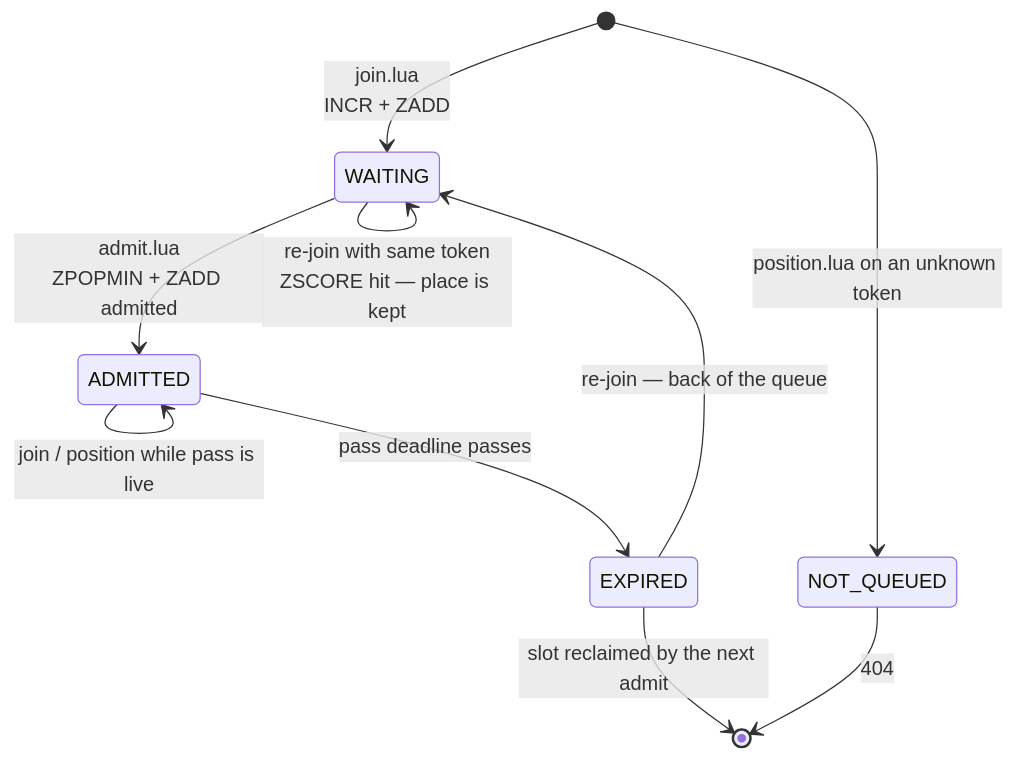
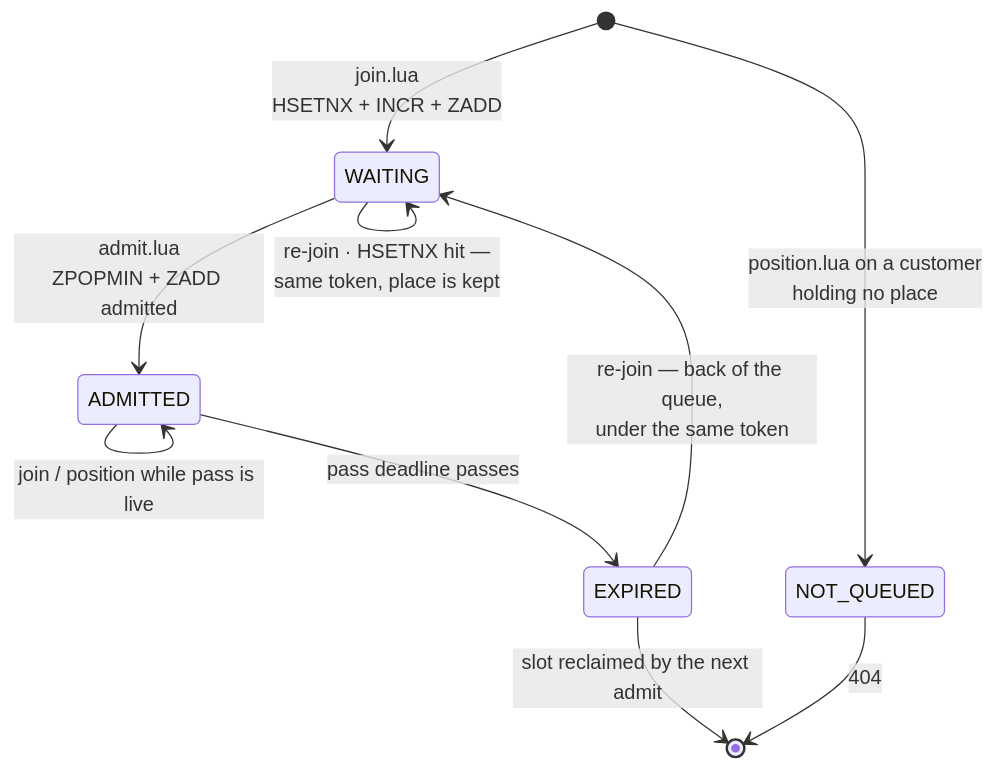
The third of 4 diagrams in waiting-room-service/ARCHITECTURE.md (daliborjelicanin/ticket-waiting-room-aws), drawn with Mermaid before and after one commit. The commit also changed other lines of this file and 65 other files, not shown here.

````diff
--- a/waiting-room-service/ARCHITECTURE.md
+++ b/waiting-room-service/ARCHITECTURE.md
@@ -75,12 +93,12 @@
 ```mermaid
 stateDiagram-v2
-    [*] --> WAITING: join.lua<br/>INCR + ZADD
-    WAITING --> WAITING: re-join with same token<br/>ZSCORE hit — place is kept
+    [*] --> WAITING: join.lua<br/>HSETNX + INCR + ZADD
+    WAITING --> WAITING: re-join · HSETNX hit —<br/>same token, place is kept
     WAITING --> ADMITTED: admit.lua<br/>ZPOPMIN + ZADD admitted
     ADMITTED --> ADMITTED: join / position while pass is live
     ADMITTED --> EXPIRED: pass deadline passes
-    EXPIRED --> WAITING: re-join — back of the queue
+    EXPIRED --> WAITING: re-join — back of the queue,<br/>under the same token
     EXPIRED --> [*]: slot reclaimed by the next admit
-    [*] --> NOT_QUEUED: position.lua on an unknown token
+    [*] --> NOT_QUEUED: position.lua on a customer<br/>holding no place
     NOT_QUEUED --> [*]: 404
 ```
````
